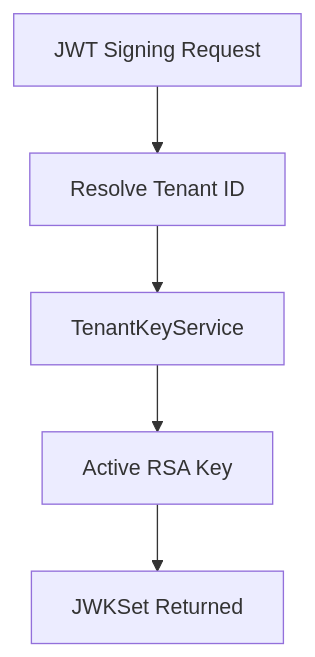
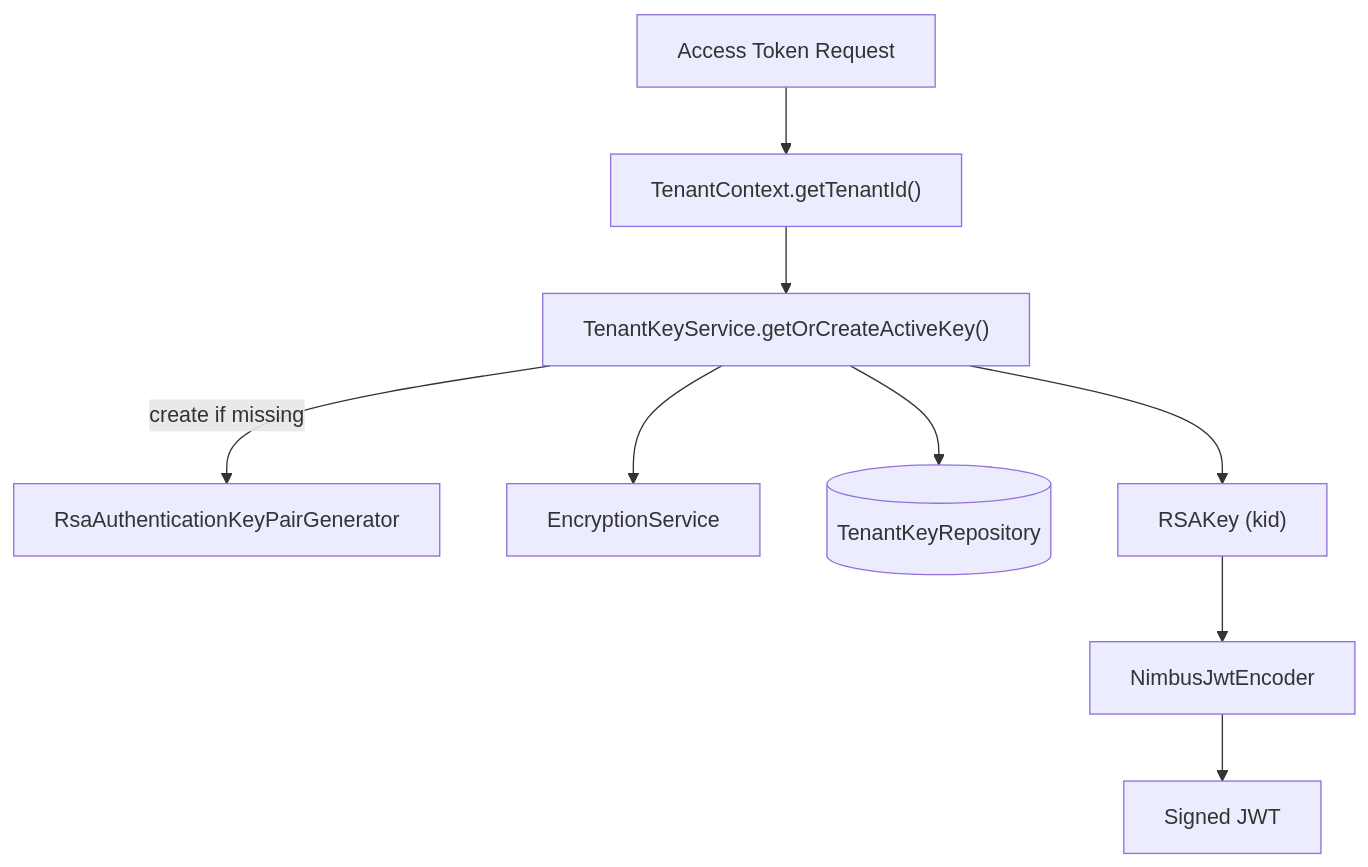
One commit to Praesto-Pro/openframe-oss-tenant changed the third of 6 diagrams in docs/architecture/authorization-server-core/authorization-server-core.md. Above: the diagram before and after it, drawn with Mermaid. The commit also changed other lines of this file and 214 other files, not shown here.

````diff
--- a/docs/architecture/authorization-server-core/authorization-server-core.md
+++ b/docs/architecture/authorization-server-core/authorization-server-core.md
@@ -106,7 +123,11 @@
 ```mermaid
 flowchart TD
-    JwtRequest["JWT Signing Request"] --> TenantId["Resolve Tenant ID"]
-    TenantId --> KeyService["TenantKeyService"]
-    KeyService --> RSAKey["Active RSA Key"]
-    RSAKey --> JWKS["JWKSet Returned"]
+    TokenRequest["Access Token Request"] --> ResolveTenant["TenantContext.getTenantId()"]
+    ResolveTenant --> KeyService["TenantKeyService.getOrCreateActiveKey()"]
+    KeyService -->|"create if missing"| KeyGen["RsaAuthenticationKeyPairGenerator"]
+    KeyService --> Encrypt["EncryptionService"]
+    KeyService --> Repo[("TenantKeyRepository")]
+    KeyService --> Jwk["RSAKey (kid)"]
+    Jwk --> JwtEncoder["NimbusJwtEncoder"]
+    JwtEncoder --> AccessToken["Signed JWT"]
 ```
````
